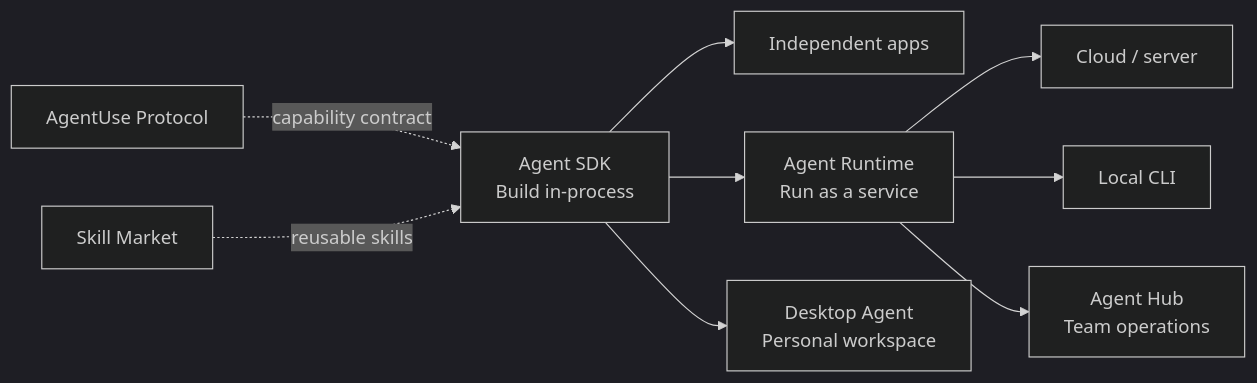
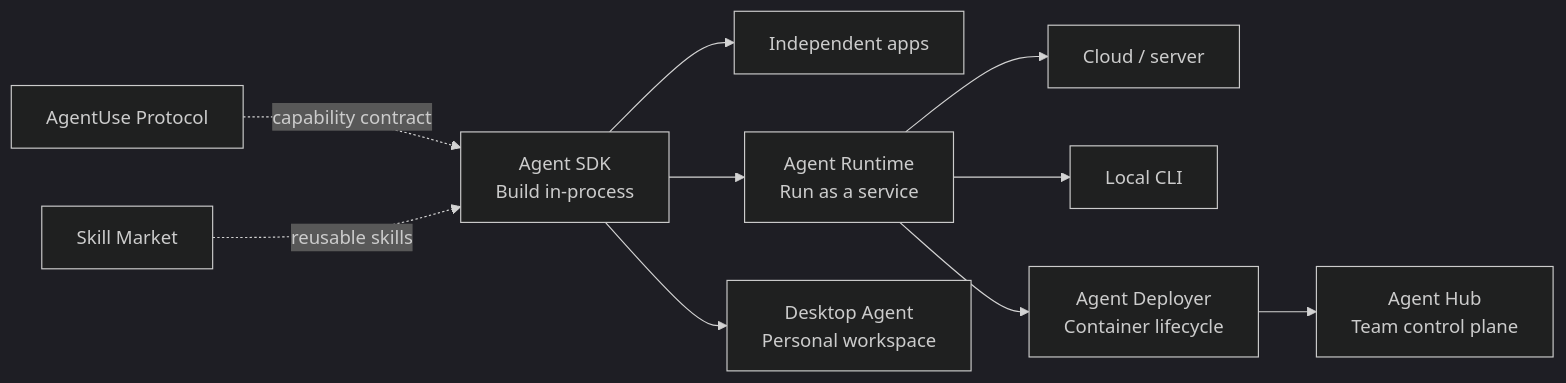
One commit to zerone-agents/.github changed the diagram in profile/README.md. Above: the diagram before and after it, drawn with Mermaid (dark theme). The commit also changed other lines of this file and 1 other file, not shown here.

````diff
--- a/profile/README.md
+++ b/profile/README.md
@@ -21,11 +28,12 @@
 ```mermaid
 flowchart LR
   SDK["Agent SDK<br/>Build in-process"] --> APP["Independent apps"]
   SDK --> RT["Agent Runtime<br/>Run as a service"]
   RT --> CLOUD["Cloud / server"]
   RT --> CLI["Local CLI"]
+  RT --> DEPLOYER["Agent Deployer<br/>Container lifecycle"]
+  DEPLOYER --> HUB["Agent Hub<br/>Team control plane"]
   SDK --> DESKTOP["Desktop Agent<br/>Personal workspace"]
-  RT --> HUB["Agent Hub<br/>Team operations"]
   PROTOCOL["AgentUse Protocol"] -. "capability contract" .-> SDK
   MARKET["Skill Market"] -. "reusable skills" .-> SDK
 ```
````
